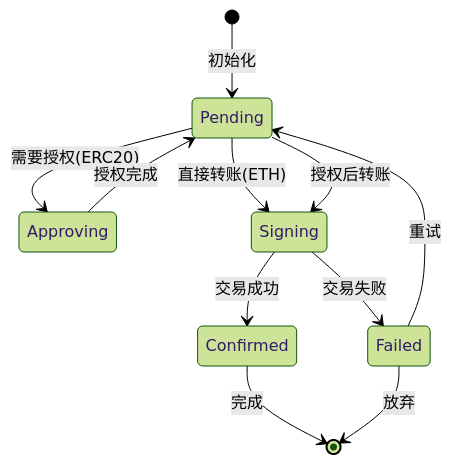
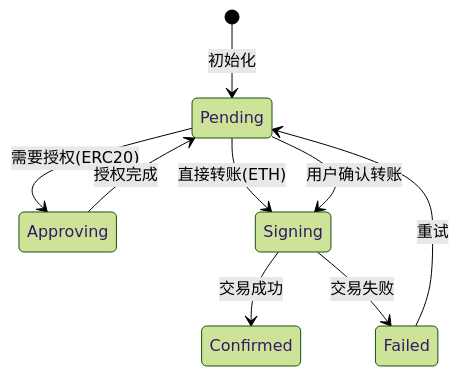
One commit to CryptoLinxu/Web3-AI-Agent-WebSite changed the diagram in content/wiki/06-UI组件与特性/05-TransferCard组件.md. Above: the diagram before and after it, drawn with Mermaid (forest theme). The commit also changed other lines of this file and 59 other files, not shown here.

````diff
--- a/content/wiki/06-UI组件与特性/05-TransferCard组件.md
+++ b/content/wiki/06-UI组件与特性/05-TransferCard组件.md
@@ -316,13 +35,11 @@
 ```mermaid
 stateDiagram-v2
-[*] --> Pending : 初始化
-Pending --> Approving : 需要授权(ERC20)
-Pending --> Signing : 直接转账(ETH)
-Approving --> Pending : 授权完成
-Pending --> Signing : 授权后转账
-Signing --> Confirmed : 交易成功
-Signing --> Failed : 交易失败
-Confirmed --> [*] : 完成
-Failed --> Pending : 重试
-Failed --> [*] : 放弃
+    [*] --> Pending : 初始化
+    Pending --> Approving : 需要授权(ERC20)
+    Pending --> Signing : 直接转账(ETH)
+    Approving --> Pending : 授权完成
+    Pending --> Signing : 用户确认转账
+    Signing --> Confirmed : 交易成功
+    Signing --> Failed : 交易失败
+    Failed --> Pending : 重试
 ```
````
